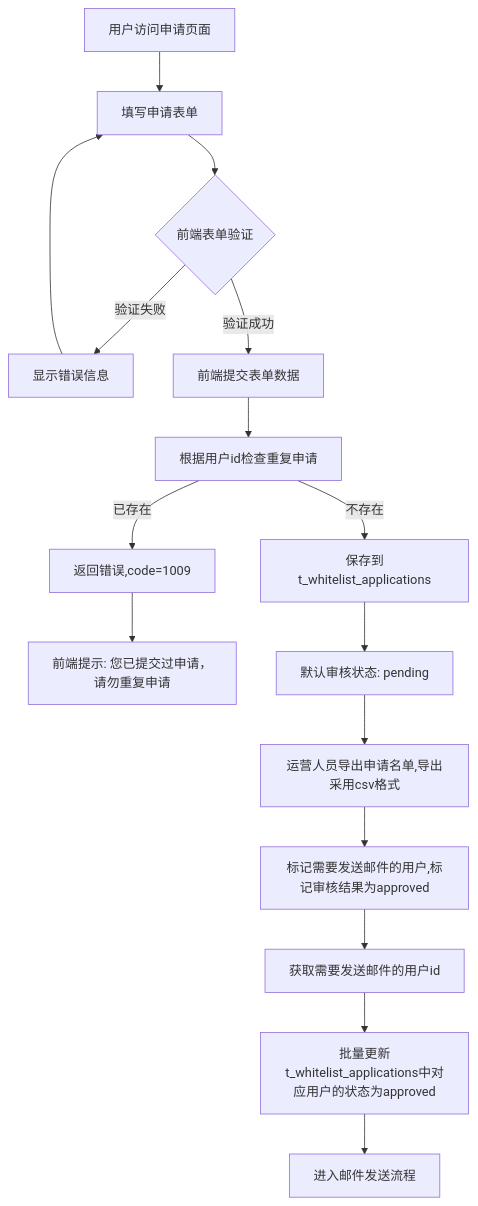
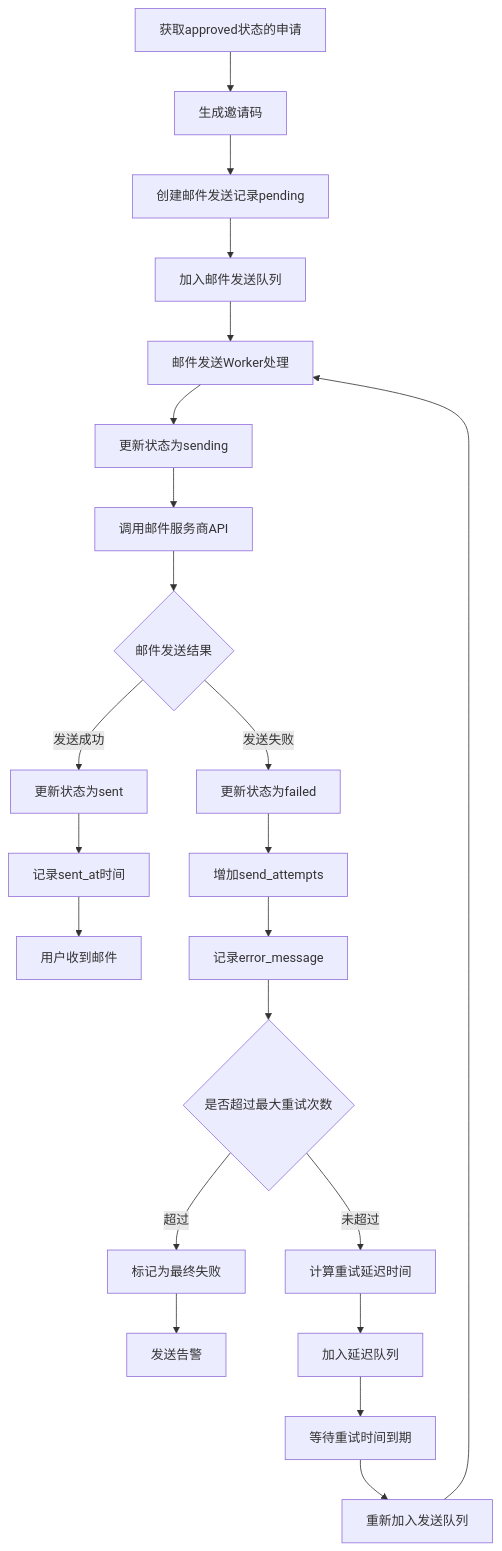
The diagram in all/未命名-76.md (yingjianzh/iodraw-files), drawn with Mermaid before and after one commit.

Commit message:
2025-07-08 09:53:52 update

````diff
--- a/all/未命名-76.md
+++ b/all/未命名-76.md
@@ -1,21 +1,29 @@
 ```mermaid
 
 flowchart TD
-    A[用户访问申请页面] --> B[填写申请表单]
-    B --> C{前端表单验证}
-    C -->|验证失败| D[显示错误信息]
-    D --> B
-    C -->|验证成功| E[前端提交表单数据]
-    E --> F[根据用户id检查重复申请]
-    F -->|已存在| G[返回错误,code=1009]
-    G --> H[前端提示: 您已提交过申请，请勿重复申请]
-    F -->|不存在| I[保存到t_whitelist_applications]
-    I --> K[默认审核状态: pending]
+    A[获取approved状态的申请] --> B[生成邀请码]
+    B --> C[创建邮件发送记录pending]
+    C --> D[加入邮件发送队列]
     
-    K --> P[运营人员导出申请名单,导出采用csv格式]
-    P --> S[标记需要发送邮件的用户,标记审核结果为approved]
-    S --> T1[获取需要发送邮件的用户id]
-    T1--> T2[批量更新t_whitelist_applications中对应用户的状态为approved]
-    T2 --> V[进入邮件发送流程]
+    D --> E[邮件发送Worker处理]
+    E --> F[更新状态为sending]
+    F --> G[调用邮件服务商API]
+    G --> H{邮件发送结果}
+    
+    H -->|发送成功| I[更新状态为sent]
+    I --> J[记录sent_at时间]
+    J --> K[用户收到邮件]
+    
+    H -->|发送失败| L[更新状态为failed]
+    L --> M[增加send_attempts]
+    M --> N[记录error_message]
+    N --> O{是否超过最大重试次数}
+    O -->|超过| P[标记为最终失败]
+    P --> Q[发送告警]
+    O -->|未超过| R[计算重试延迟时间]
+    R --> S[加入延迟队列]
+    S --> T[等待重试时间到期]
+    T --> U[重新加入发送队列]
+    U --> E
 
 ```
````
